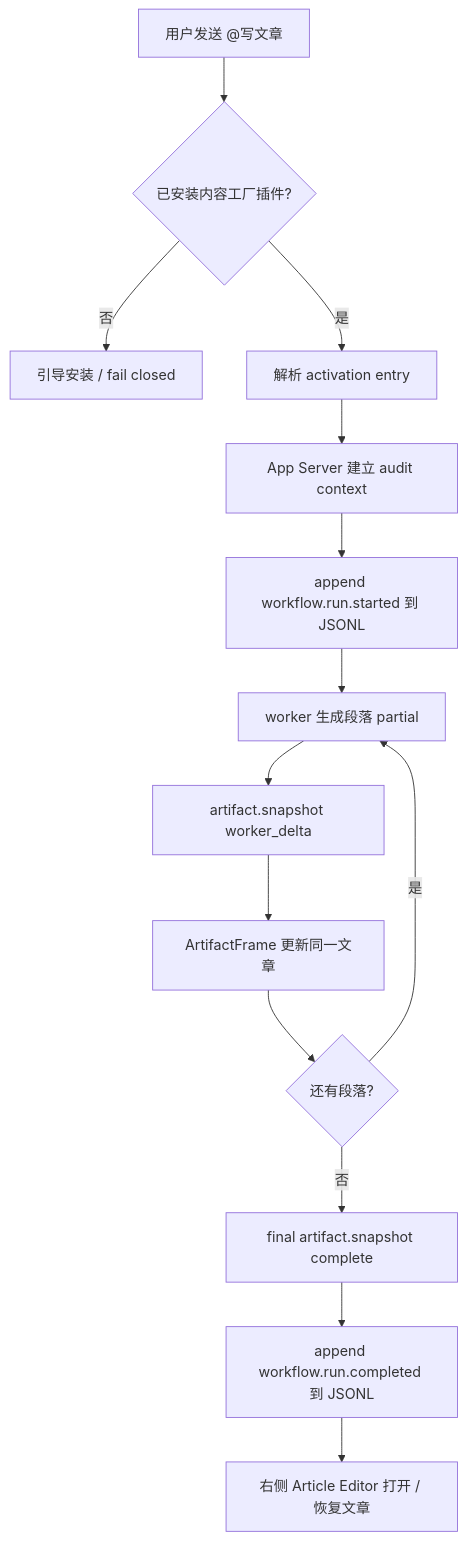
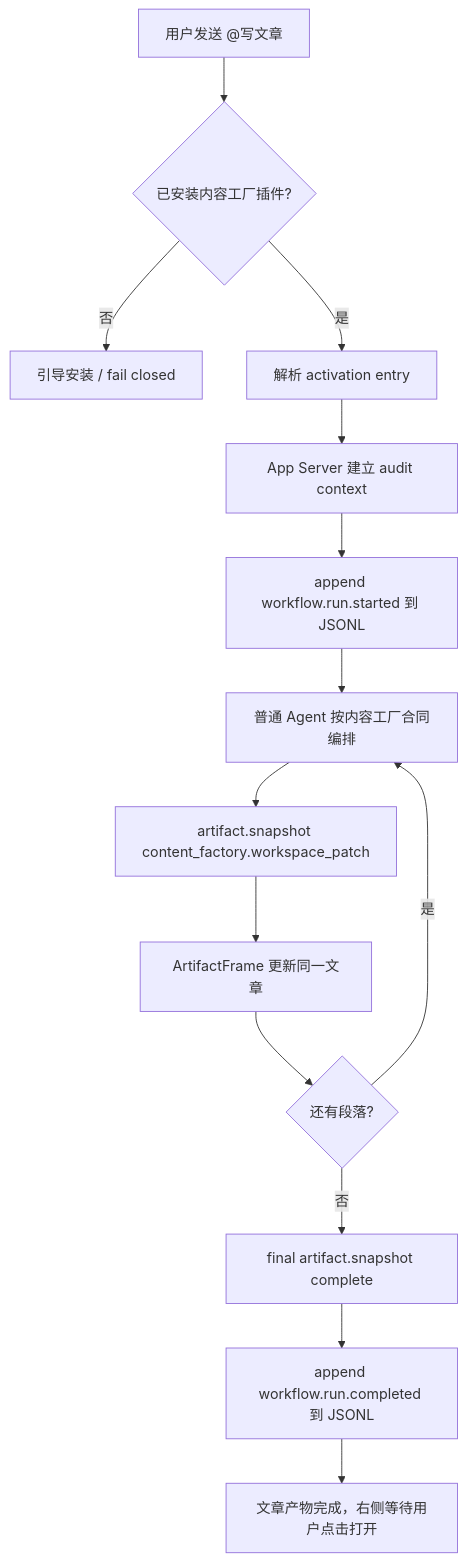
One commit to jiujuan/lime changed the fourth of 9 diagrams in internal/roadmap/Writing/v2/product-requirements.md. Above: the diagram before and after it, drawn with Mermaid. The commit also changed other lines of this file and 285 other files, not shown here.

````diff
--- a/internal/roadmap/Writing/v2/product-requirements.md
+++ b/internal/roadmap/Writing/v2/product-requirements.md
@@ -336,16 +351,16 @@
 ```mermaid
 flowchart TD
   A[用户发送 @写文章] --> B{已安装内容工厂插件?}
   B -- 否 --> C[引导安装 / fail closed]
   B -- 是 --> D[解析 activation entry]
   D --> E[App Server 建立 audit context]
   E --> F[append workflow.run.started 到 JSONL]
-  F --> G[worker 生成段落 partial]
-  G --> H[artifact.snapshot worker_delta]
+  F --> G[普通 Agent 按内容工厂合同编排]
+  G --> H[artifact.snapshot content_factory.workspace_patch]
   H --> I[ArtifactFrame 更新同一文章]
   I --> J{还有段落?}
   J -- 是 --> G
   J -- 否 --> K[final artifact.snapshot complete]
   K --> L[append workflow.run.completed 到 JSONL]
-  L --> M[右侧 Article Editor 打开 / 恢复文章]
+  L --> M[文章产物完成，右侧等待用户点击打开]
 ```
````
